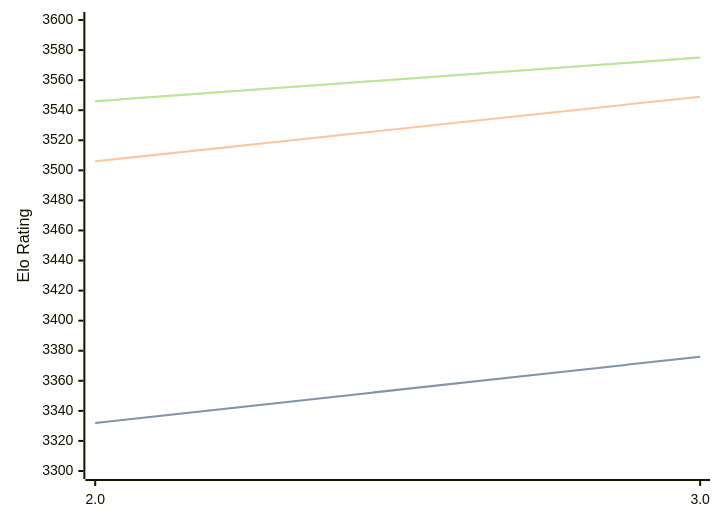
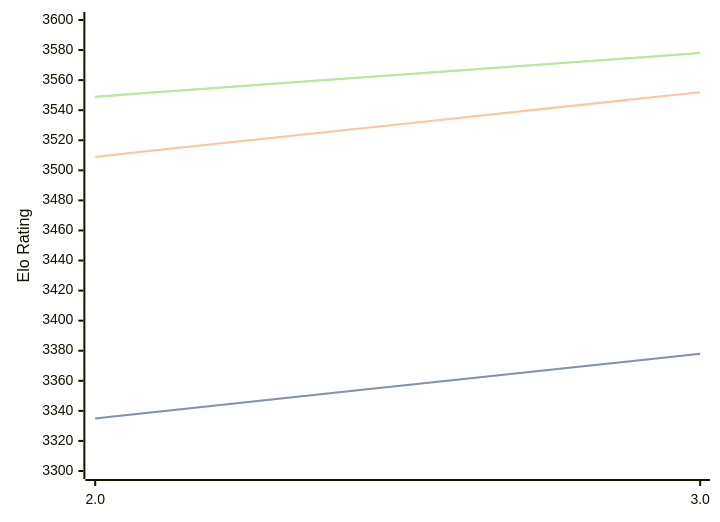
One commit to computer-chess-index/cci changed the diagram in engines/Quanticade.md. Above: the diagram before and after it, drawn with Mermaid. The commit also changed other lines of this file, not shown here.

Commit message:
Update CCI Ratings (ELO VLTC) - 2026-02-20

````diff
--- a/engines/Quanticade.md
+++ b/engines/Quanticade.md
@@ -38,11 +38,11 @@
 ```mermaid
 %%{init: {"theme":"base","themeVariables":{"seriesColors:['#a3a3a3','#222221','#faa371']}}}%%
 xychart-beta
   x-axis ["2.0", "3.0"]
   y-axis "Elo Rating" 3300 --> 3600
-  line "STC (8.0+0.08s)" [3332, 3376]
-  line "STC (8.0+0.08s)" [3332, 3376]
-  line "LTC (60.0+0.60s)" [3506, 3549]
-  line "VLTC (2m24s+1.12s)" [3546, 3575]
-  line "VLTC (2m24s+1.12s)" [3546, 3575]
+  line "STC (8.0+0.08s)" [3335, 3378]
+  line "STC (8.0+0.08s)" [3335, 3378]
+  line "LTC (60.0+0.60s)" [3509, 3552]
+  line "VLTC (2m24s+1.12s)" [3549, 3578]
+  line "VLTC (2m24s+1.12s)" [3549, 3578]
 ```
````
